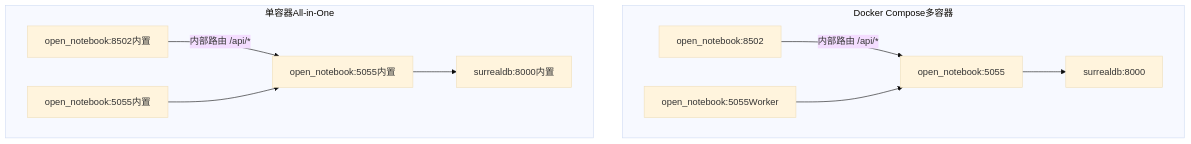
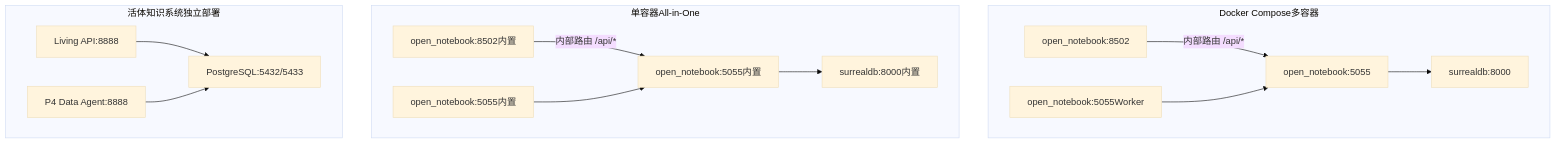
The second of 3 diagrams in .qoder/repowiki/zh/content/安装与部署/安装与部署.md (jackeyunjie/open-notebook), drawn with Mermaid (base theme) before and after one commit. The commit also changed other lines of this file and 51 other files, not shown here.

````diff
--- a/.qoder/repowiki/zh/content/安装与部署/安装与部署.md
+++ b/.qoder/repowiki/zh/content/安装与部署/安装与部署.md
@@ -105,21 +130,28 @@
 ```mermaid
 graph TB
 subgraph "Docker Compose多容器"
 S1["surrealdb:8000"]
 A1["open_notebook:5055"]
 F1["open_notebook:8502"]
 W1["open_notebook:5055Worker"]
 F1 --> |"内部路由 /api/*"| A1
 A1 --> S1
 W1 --> A1
 end
 subgraph "单容器All-in-One"
 S2["surrealdb:8000内置"]
 A2["open_notebook:5055内置"]
 F2["open_notebook:8502内置"]
 W2["open_notebook:5055内置"]
 F2 --> |"内部路由 /api/*"| A2
 A2 --> S2
 W2 --> A2
 end
+subgraph "活体知识系统独立部署"
+P1["PostgreSQL:5432/5433"]
+A3["Living API:8888"]
+D1["P4 Data Agent:8888"]
+A3 --> P1
+D1 --> P1
+end
 ```
````
